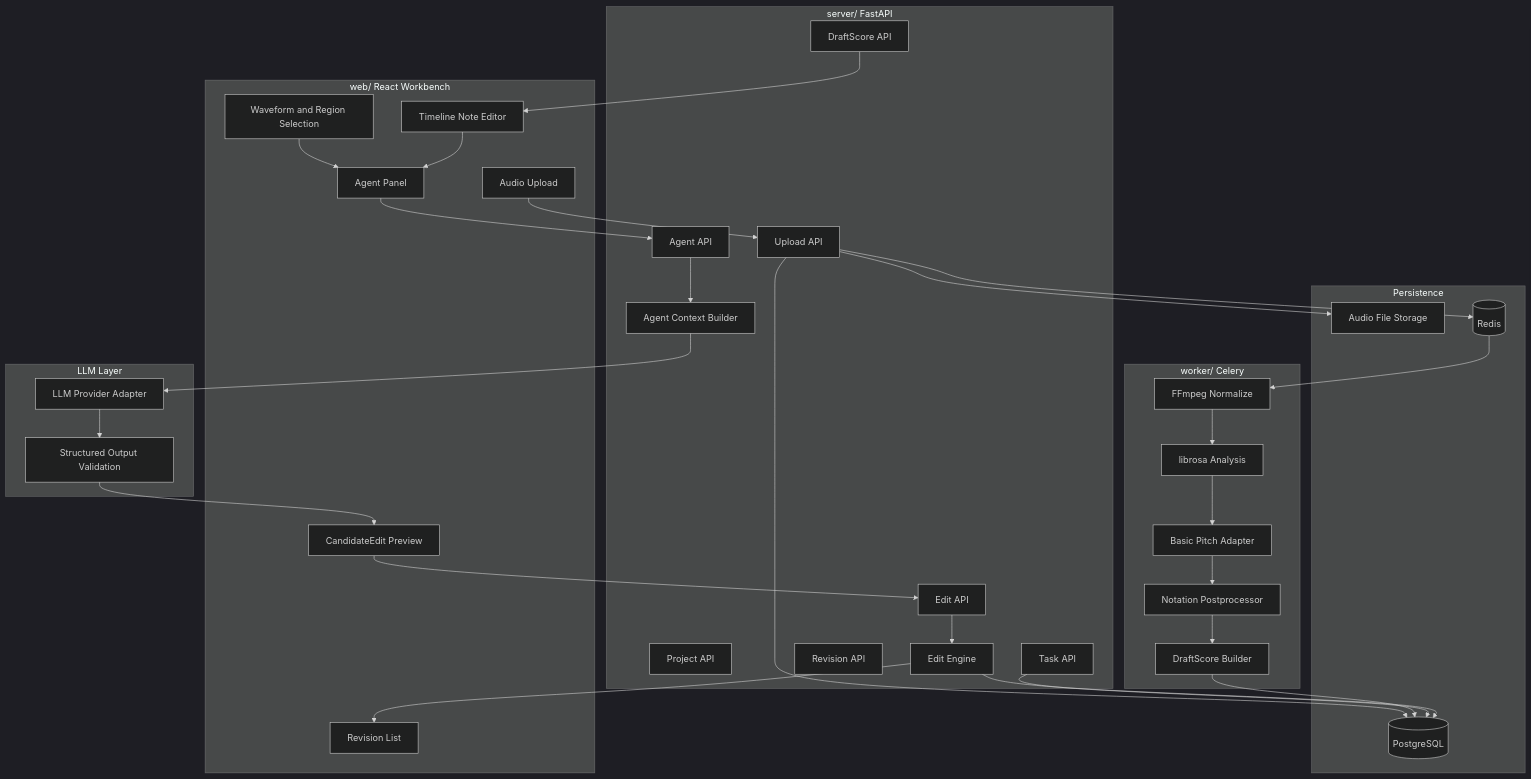
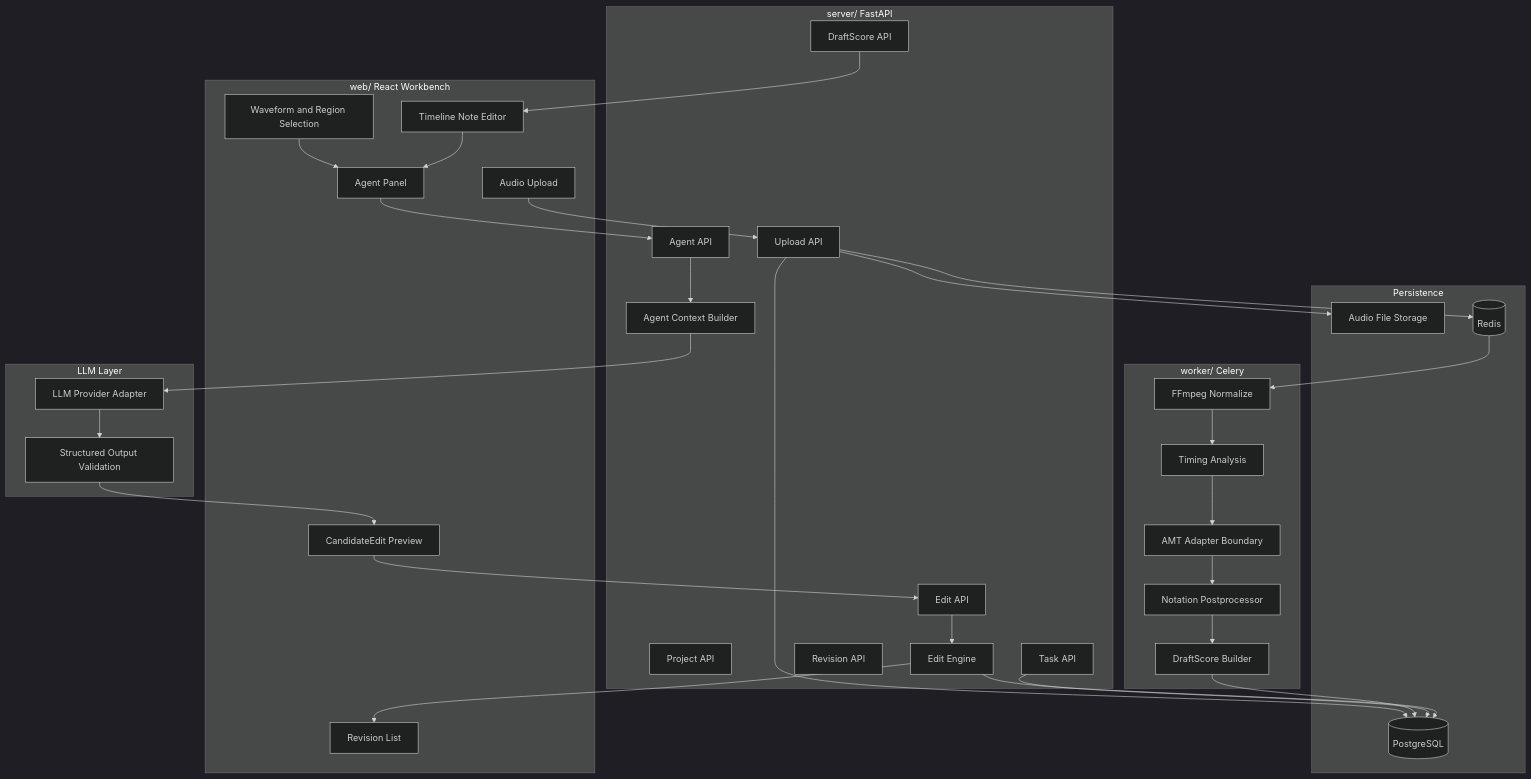
One commit to DXL-0702/AgentClef changed the first of 2 diagrams in docs/v0.1/architecture.md. Above: the diagram before and after it, drawn with Mermaid (dark theme). The commit also changed other lines of this file and 14 other files, not shown here.

````diff
--- a/docs/v0.1/architecture.md
+++ b/docs/v0.1/architecture.md
@@ -11,66 +11,66 @@
 ```mermaid
 flowchart TB
     subgraph Frontend["web/ React Workbench"]
         Upload[Audio Upload]
         Waveform[Waveform and Region Selection]
         Editor[Timeline Note Editor]
         AgentPanel[Agent Panel]
         EditPreview[CandidateEdit Preview]
         Revisions[Revision List]
     end
 
     subgraph Backend["server/ FastAPI"]
         ProjectAPI[Project API]
         UploadAPI[Upload API]
         TaskAPI[Task API]
         DraftAPI[DraftScore API]
         AgentAPI[Agent API]
         EditAPI[Edit API]
         RevisionAPI[Revision API]
         EditEngine[Edit Engine]
         ContextBuilder[Agent Context Builder]
     end
 
     subgraph Persistence["Persistence"]
         DB[(PostgreSQL)]
         Files[Audio File Storage]
         Redis[(Redis)]
     end
 
     subgraph Worker["worker/ Celery"]
         Normalize[FFmpeg Normalize]
-        Analyze[librosa Analysis]
-        AMT[Basic Pitch Adapter]
+        Analyze[Timing Analysis]
+        AMT[AMT Adapter Boundary]
         Post[Notation Postprocessor]
         DraftBuild[DraftScore Builder]
     end
 
     subgraph Agent["LLM Layer"]
         Provider[LLM Provider Adapter]
         Schema[Structured Output Validation]
     end
 
     Upload --> UploadAPI
     UploadAPI --> Files
     UploadAPI --> DB
     UploadAPI --> Redis
     Redis --> Normalize
     Normalize --> Analyze
     Analyze --> AMT
     AMT --> Post
     Post --> DraftBuild
     DraftBuild --> DB
     TaskAPI --> DB
     DraftAPI --> Editor
     Waveform --> AgentPanel
     Editor --> AgentPanel
     AgentPanel --> AgentAPI
     AgentAPI --> ContextBuilder
     ContextBuilder --> Provider
     Provider --> Schema
     Schema --> EditPreview
     EditPreview --> EditAPI
     EditAPI --> EditEngine
     EditEngine --> DB
     EditEngine --> Revisions
 ```
````
